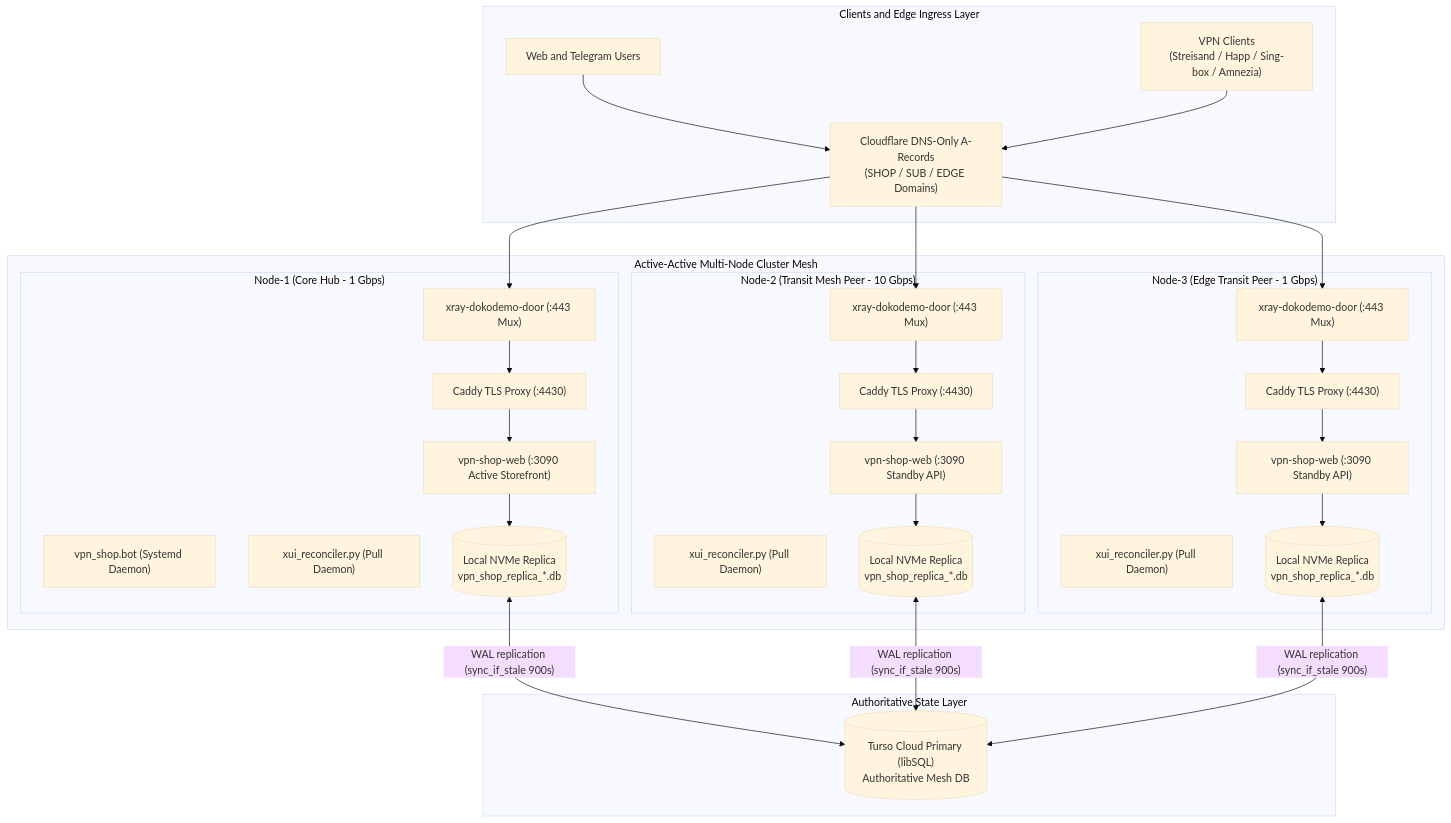
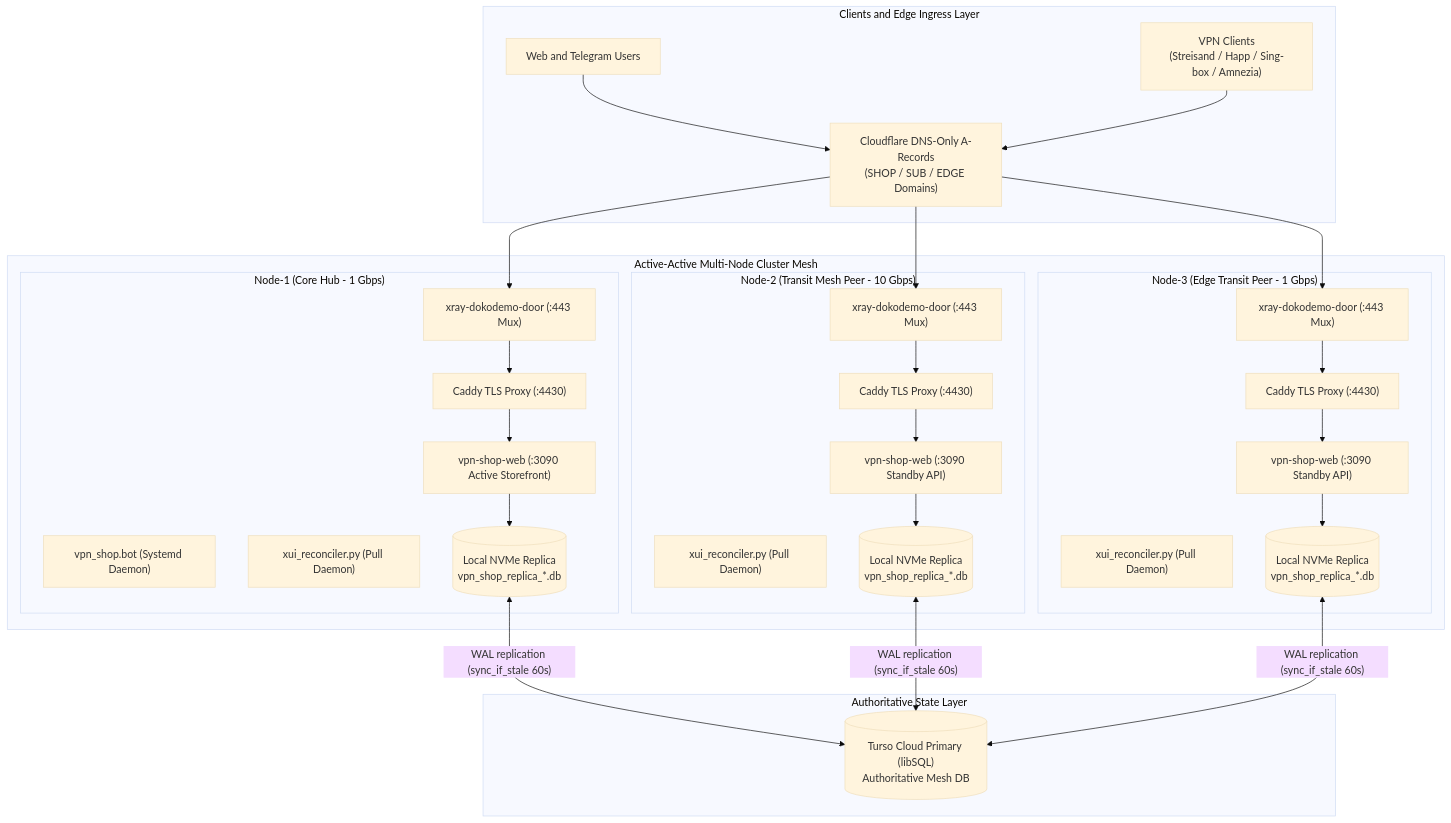
Before and after one commit to Nikitzima/SilentConnect: the first of 5 diagrams in ARCHITECTURE.md, drawn with Mermaid (base theme). The commit also changed other lines of this file and 5 other files, not shown here.

````diff
--- a/ARCHITECTURE.md
+++ b/ARCHITECTURE.md
@@ -38,61 +38,61 @@
 ```mermaid
 flowchart TD
     subgraph Clients["Clients and Edge Ingress Layer"]
         CLI["VPN Clients\n(Streisand / Happ / Sing-box / Amnezia)"]
         WEB["Web and Telegram Users"]
         DNS["Cloudflare DNS-Only A-Records\n(SHOP / SUB / EDGE Domains)"]
     end
 
     subgraph Mesh["Active-Active Multi-Node Cluster Mesh"]
         subgraph N1["Node-1 (Core Hub - 1 Gbps)"]
             MUX1["xray-dokodemo-door (:443 Mux)"]
             CAD1["Caddy TLS Proxy (:4430)"]
             WEB1["vpn-shop-web (:3090 Active Storefront)"]
             BOT1["vpn_shop.bot (Systemd Daemon)"]
             REC1["xui_reconciler.py (Pull Daemon)"]
             DB1[("Local NVMe Replica\nvpn_shop_replica_*.db")]
         end
 
         subgraph N2["Node-2 (Transit Mesh Peer - 10 Gbps)"]
             MUX2["xray-dokodemo-door (:443 Mux)"]
             CAD2["Caddy TLS Proxy (:4430)"]
             WEB2["vpn-shop-web (:3090 Standby API)"]
             REC2["xui_reconciler.py (Pull Daemon)"]
             DB2[("Local NVMe Replica\nvpn_shop_replica_*.db")]
         end
 
         subgraph N3["Node-3 (Edge Transit Peer - 1 Gbps)"]
             MUX3["xray-dokodemo-door (:443 Mux)"]
             CAD3["Caddy TLS Proxy (:4430)"]
             WEB3["vpn-shop-web (:3090 Standby API)"]
             REC3["xui_reconciler.py (Pull Daemon)"]
             DB3[("Local NVMe Replica\nvpn_shop_replica_*.db")]
         end
     end
 
     subgraph Storage["Authoritative State Layer"]
         TURSO[("Turso Cloud Primary (libSQL)\nAuthoritative Mesh DB")]
     end
 
     WEB --> DNS
     CLI --> DNS
     DNS --> MUX1
     DNS --> MUX2
     DNS --> MUX3
 
     MUX1 --> CAD1
     CAD1 --> WEB1
     WEB1 --> DB1
 
     MUX2 --> CAD2
     CAD2 --> WEB2
     WEB2 --> DB2
 
     MUX3 --> CAD3
     CAD3 --> WEB3
     WEB3 --> DB3
 
-    DB1 <-->|"WAL replication (sync_if_stale 900s)"| TURSO
-    DB2 <-->|"WAL replication (sync_if_stale 900s)"| TURSO
-    DB3 <-->|"WAL replication (sync_if_stale 900s)"| TURSO
+    DB1 <-->|"WAL replication (sync_if_stale 60s)"| TURSO
+    DB2 <-->|"WAL replication (sync_if_stale 60s)"| TURSO
+    DB3 <-->|"WAL replication (sync_if_stale 60s)"| TURSO
 ```
````
